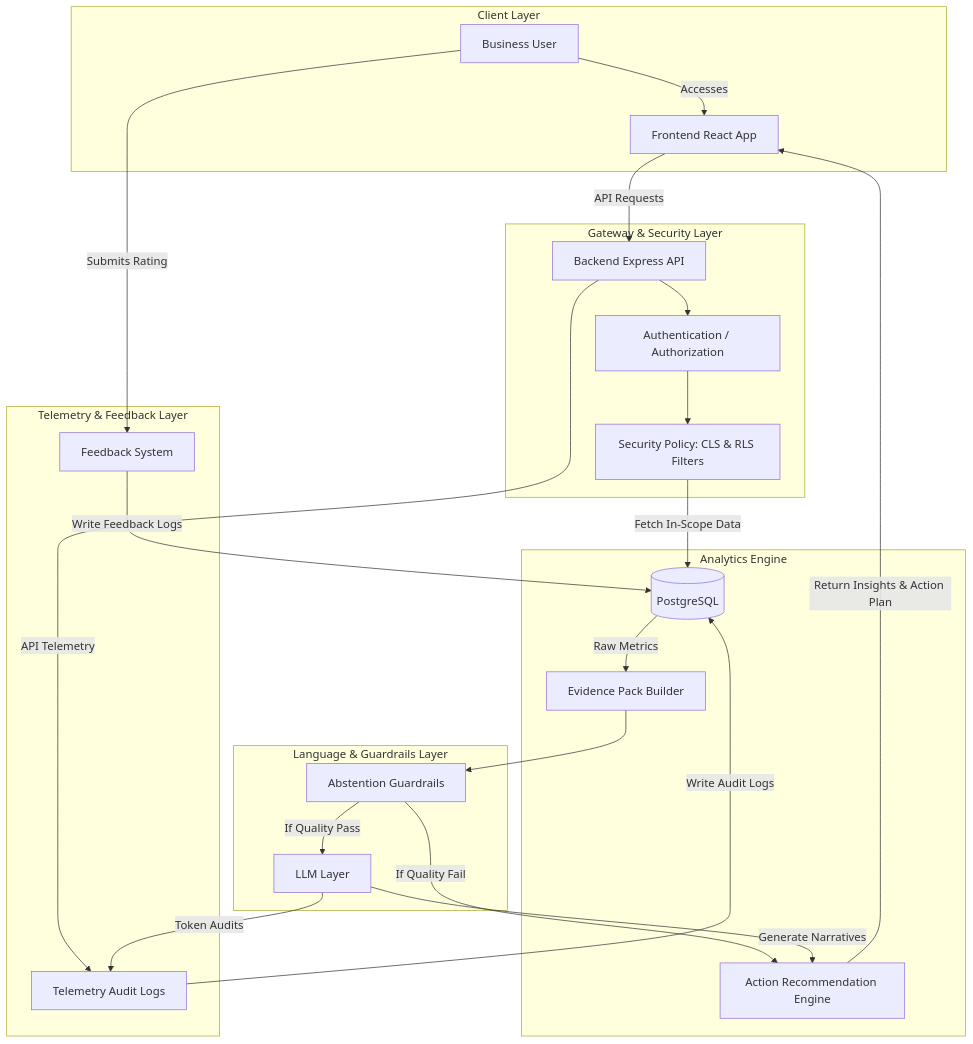
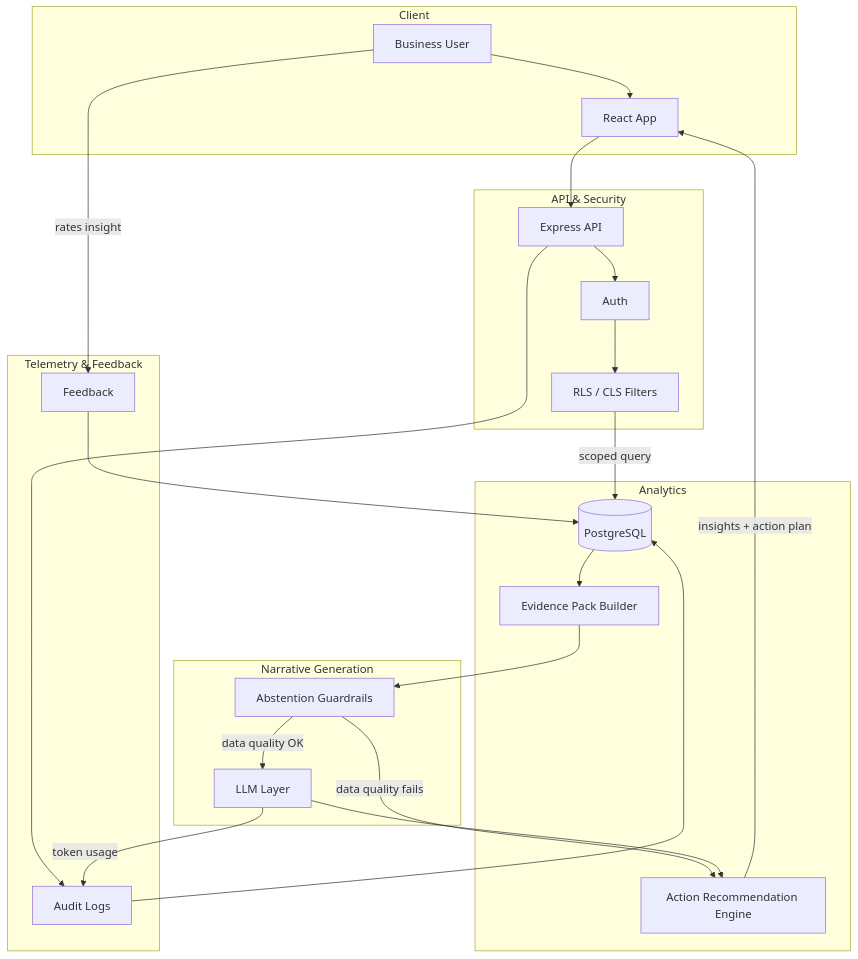
The diagram in README.md (Ankit-07-chy/BusinessIntelligence_AI), drawn with Mermaid before and after one commit. The commit also changed other lines of this file, not shown here.

````diff
--- a/README.md
+++ b/README.md
@@ -82,57 +65,48 @@
 ```mermaid
 flowchart TB
-    %% Users and Client Interfaces
-    subgraph Client ["Client Layer"]
+    subgraph Client ["Client"]
         USER[Business User]
-        FRONTEND[Frontend React App]
+        FRONTEND[React App]
     end
 
-    %% Gateway and Security Boundary
-    subgraph Gateway ["Gateway & Security Layer"]
-        API[Backend Express API]
-        AUTH[Authentication / Authorization]
-        SEC[Security Policy: CLS & RLS Filters]
+    subgraph Gateway ["API & Security"]
+        API[Express API]
+        AUTH[Auth]
+        SEC[RLS / CLS Filters]
     end
 
-    %% Computational Engines
-    subgraph Analytics ["Analytics Engine"]
+    subgraph Analytics ["Analytics"]
         DB[(PostgreSQL)]
         EVIDENCE[Evidence Pack Builder]
         ACTION[Action Recommendation Engine]
     end
 
-    %% Language Generation & Guardrails
-    subgraph Narrative ["Language & Guardrails Layer"]
+    subgraph Narrative ["Narrative Generation"]
         LLM[LLM Layer]
         GUARD[Abstention Guardrails]
     end
 
-    %% Storage Logs
-    subgraph Logging ["Telemetry & Feedback Layer"]
-        FEEDBACK[Feedback System]
-        TELEMETRY[Telemetry Audit Logs]
+    subgraph Logging ["Telemetry & Feedback"]
+        FEEDBACK[Feedback]
+        TELEMETRY[Audit Logs]
     end
 
-    %% Flow Relationships
-    USER -->|Accesses| FRONTEND
-    FRONTEND -->|API Requests| API
-    API --> AUTH
-    AUTH --> SEC
-    
-    SEC -->|Fetch In-Scope Data| DB
-    DB -->|Raw Metrics| EVIDENCE
-    
+    USER --> FRONTEND
+    FRONTEND --> API
+    API --> AUTH --> SEC
+
+    SEC -->|scoped query| DB
+    DB --> EVIDENCE
     EVIDENCE --> GUARD
-    GUARD -->|If Quality Pass| LLM
-    GUARD -->|If Quality Fail| ACTION
-    
-    LLM -->|Generate Narratives| ACTION
-    ACTION -->|Return Insights & Action Plan| FRONTEND
-    
-    USER -->|Submits Rating| FEEDBACK
-    FEEDBACK -->|Write Feedback Logs| DB
-    
-    API -->|API Telemetry| TELEMETRY
-    LLM -->|Token Audits| TELEMETRY
-    TELEMETRY -->|Write Audit Logs| DB
+    GUARD -->|data quality OK| LLM
+    GUARD -->|data quality fails| ACTION
+
+    LLM --> ACTION
+    ACTION -->|insights + action plan| FRONTEND
+
+    USER -->|rates insight| FEEDBACK
+    FEEDBACK --> DB
+    API --> TELEMETRY
+    LLM -->|token usage| TELEMETRY
+    TELEMETRY --> DB
 ```
````
